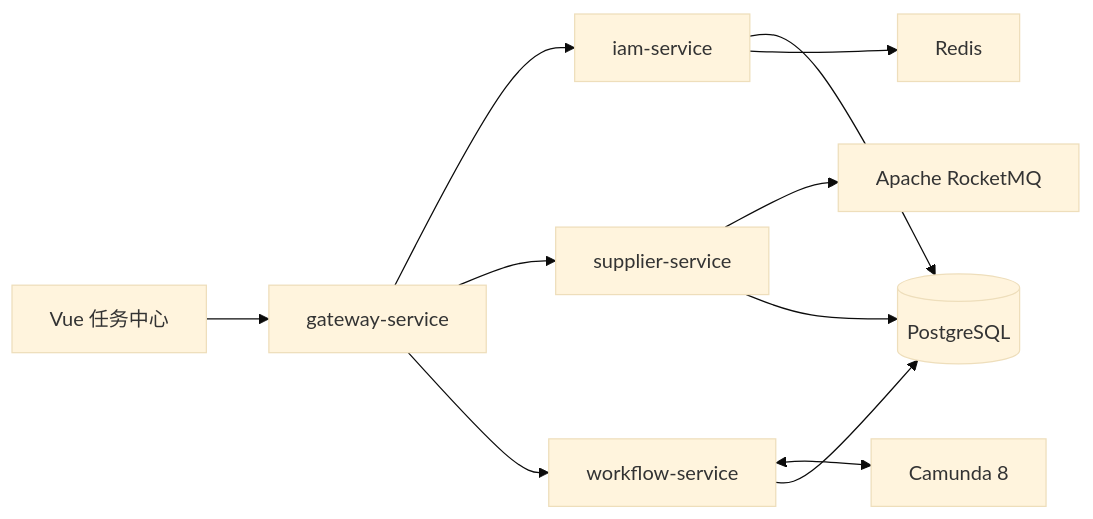
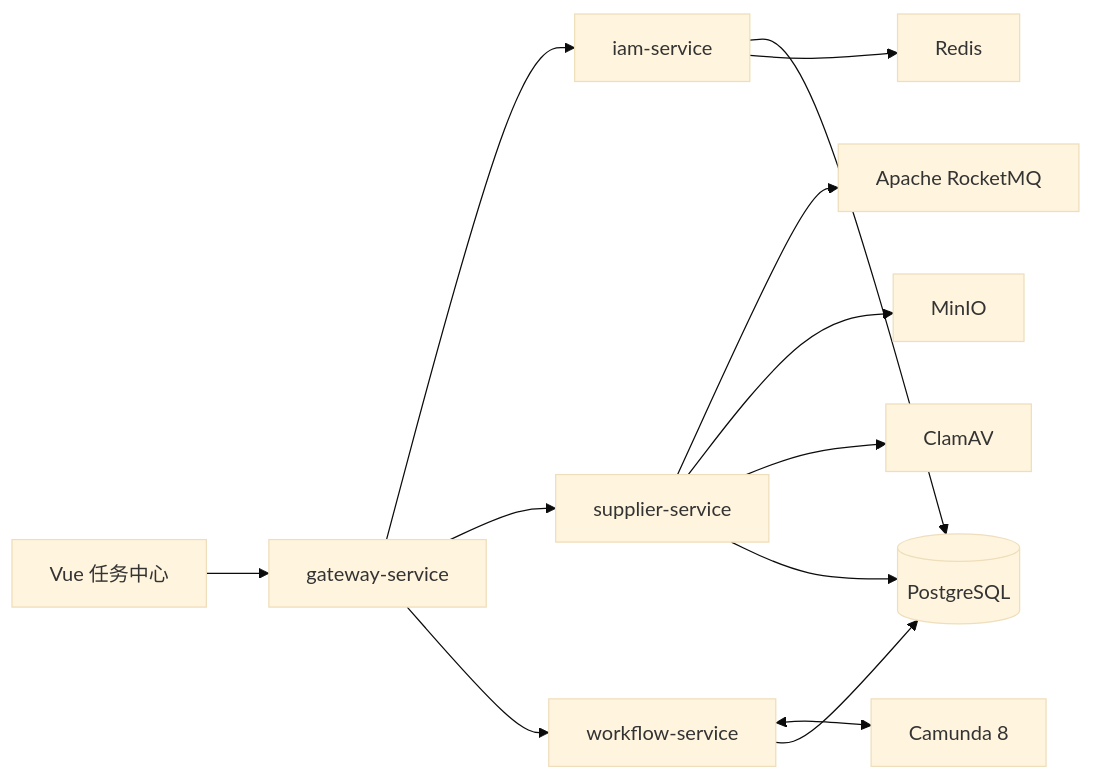
One commit to SeanidHau/FlowMesh changed the diagram in docs/architecture.md. Above: the diagram before and after it, drawn with Mermaid (base theme). The commit also changed 52 other files, not shown here.

````diff
--- a/docs/architecture.md
+++ b/docs/architecture.md
@@ -9,13 +9,15 @@
 ```mermaid
 flowchart LR
   UI[Vue 任务中心] --> GW[gateway-service]
   GW --> IAM[iam-service]
   GW --> SUP[supplier-service]
   GW --> WF[workflow-service]
   WF <--> CAM[Camunda 8]
   SUP --> RMQ[Apache RocketMQ]
+  SUP --> MINIO[MinIO]
+  SUP --> CLAMAV[ClamAV]
   SUP --> PG[(PostgreSQL)]
   IAM --> PG
   WF --> PG
   IAM --> REDIS[Redis]
 ```
````
